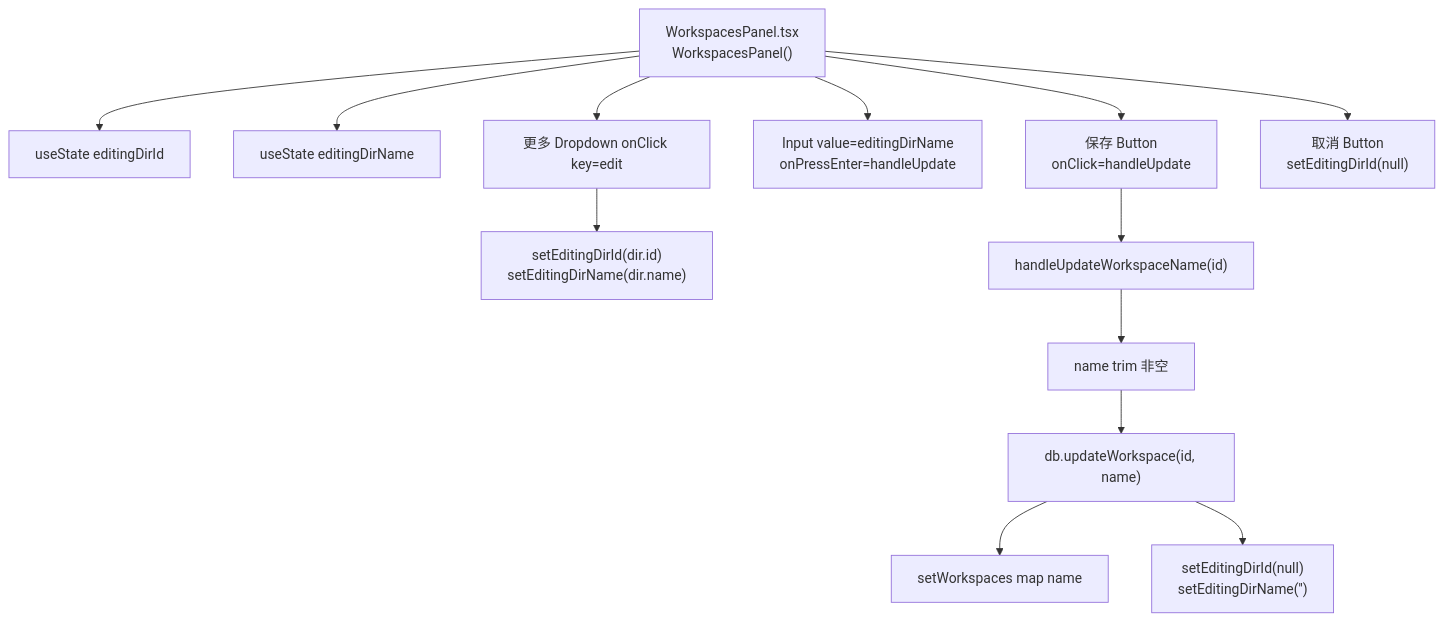
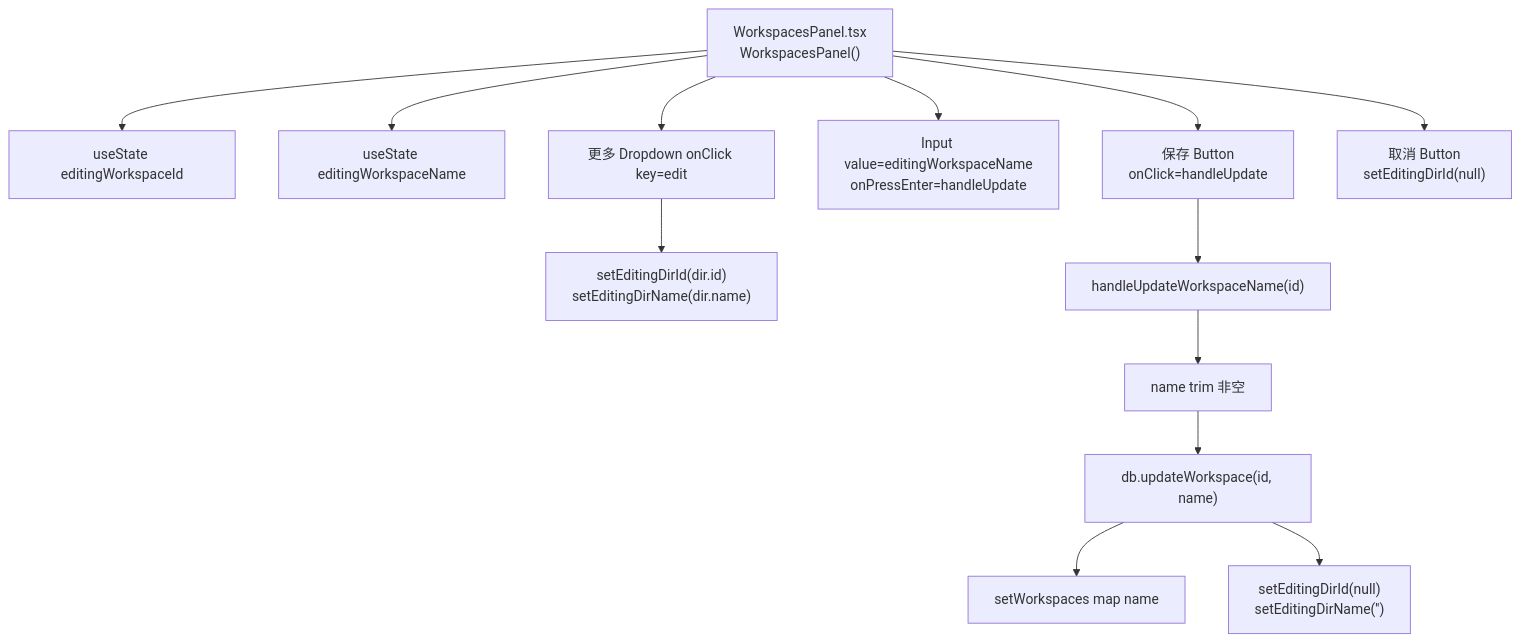
Before and after one commit to weibaohui/ntd: the second of 4 diagrams in frontend/src/help/pages/ws-rename.md, drawn with Mermaid. The commit also changed 2 other files, not shown here.

Commit message:
refactor(104): WorkspacesPanel 内部表单状态变量统一为 workspace 命名
- newDirPath/newDirName/addingDir/editingDirId/editingDirName →
  newWorkspacePath/newWorkspaceName/addingWorkspace/editingWorkspaceId/editingWorkspaceName
- 渲染 map 参数 dir → ws；帮助页 mermaid 同步
- tsc/vitest(429)/Playwright 面板相关 spec(7) 全部通过

````diff
--- a/frontend/src/help/pages/ws-rename.md
+++ b/frontend/src/help/pages/ws-rename.md
@@ -19,15 +19,15 @@
 ```mermaid
 flowchart TD
-  Panel["WorkspacesPanel.tsx<br>WorkspacesPanel()"] --> editingDirIdState["useState editingDirId"]
-  Panel --> editingDirNameState["useState editingDirName"]
+  Panel["WorkspacesPanel.tsx<br>WorkspacesPanel()"] --> editingWorkspaceIdState["useState editingWorkspaceId"]
+  Panel --> editingWorkspaceNameState["useState editingWorkspaceName"]
   Panel --> Dropdown["更多 Dropdown onClick key=edit"]
   Dropdown --> setEditingDir["setEditingDirId(dir.id)<br>setEditingDirName(dir.name)"]
-  Panel --> EditInput["Input value=editingDirName<br>onPressEnter=handleUpdate"]
+  Panel --> EditInput["Input value=editingWorkspaceName<br>onPressEnter=handleUpdate"]
   Panel --> SaveBtn["保存 Button<br>onClick=handleUpdate"]
   Panel --> CancelBtn["取消 Button<br>setEditingDirId(null)"]
   SaveBtn --> handleUpdateWorkspaceName["handleUpdateWorkspaceName(id)"]
   handleUpdateWorkspaceName --> trimCheck["name trim 非空"]
   trimCheck --> db1["db.updateWorkspace(id, name)"]
   db1 --> setWorkspaces["setWorkspaces map name"]
   db1 --> resetEdit["setEditingDirId(null)<br>setEditingDirName('')"]
 ```
````
